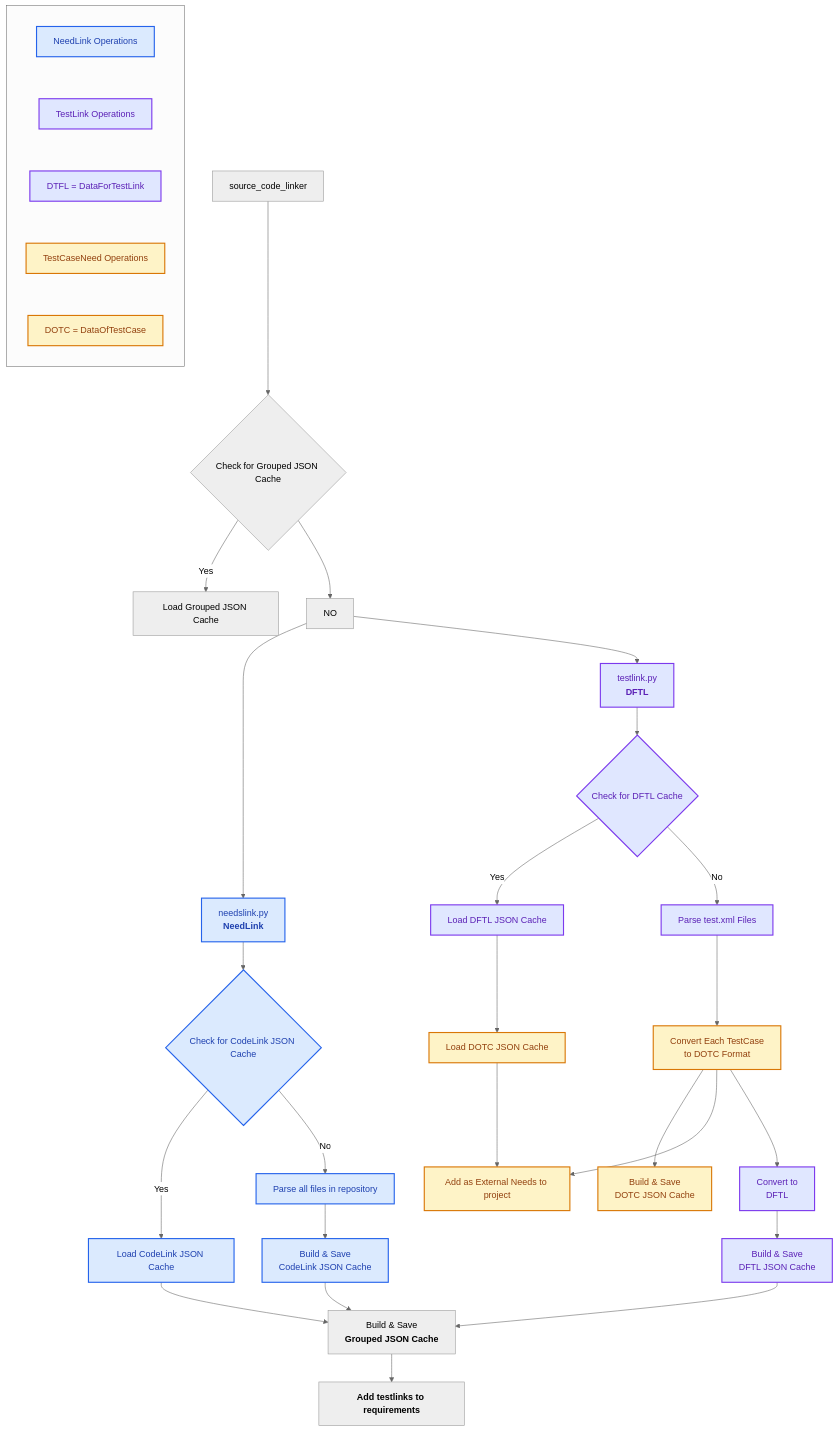
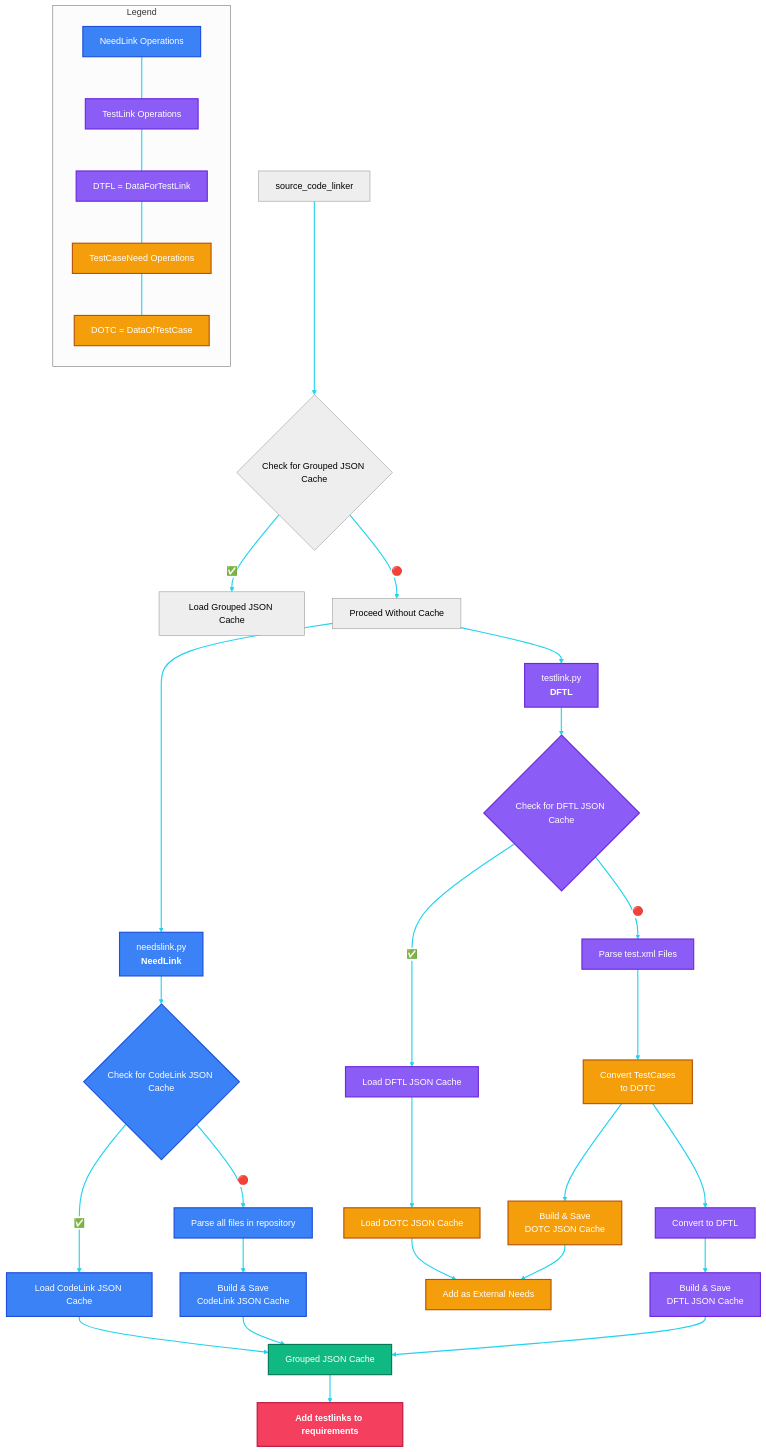
The diagram in docs/internals/extensions/source_code_linker.md (eclipse-score/docs-as-code), drawn with Mermaid (neutral theme) before and after one commit. The commit also changed 4 other files, not shown here.

````diff
--- a/docs/internals/extensions/source_code_linker.md
+++ b/docs/internals/extensions/source_code_linker.md
@@ -225,80 +225,74 @@
 ```{mermaid}
 flowchart TD
     %% Entry Point
     A[source_code_linker] --> B{Check for Grouped JSON Cache}
 
     %% If cache exists
-    B -->|Yes| C[Load Grouped JSON Cache]
-    %% Cache does not exist
-    B --> N9[NO]
+    B --> |✅| C[Load Grouped JSON Cache]
+    B --> |🔴| N9[Proceed Without Cache]
 
     %% --- NeedLink Path ---
-    N9 --> D1[needslink.py<br><b>NeedLink</b>]
+    N9 --> D1[needslink.py<br/><b>NeedLink</b>]
     D1 --> E1{Check for CodeLink JSON Cache}
 
-    E1 -->|Yes| F1[Load CodeLink JSON Cache]
+    E1 --> |✅| F1[Load CodeLink JSON Cache]
     F1 --> Z[Grouped JSON Cache]
 
-    E1 -->|No| G1[Parse all files in repository]
-    G1 --> H1[Build & Save<br>CodeLink JSON Cache]
+    E1 --> |🔴| G1[Parse all files in repository]
+    G1 --> H1[Build & Save<br/>CodeLink JSON Cache]
     H1 --> Z
 
     %% --- TestLink Path ---
-    N9 --> D2[testlink.py<br><b>DFTL</b>]
-    D2 --> E2{Check for DFTL Cache}
+    N9 --> D2[testlink.py<br/><b>DFTL</b>]
+    D2 --> E2{Check for DFTL JSON Cache}
 
-    E2 -->|Yes| F2[Load DFTL JSON Cache]
+    E2 --> |✅| F2[Load DFTL JSON Cache]
     F2 --> J2[Load DOTC JSON Cache]
-    J2 --> K2[Add as External Needs to project]
+    J2 --> K2[Add as External Needs]
 
-    E2 -->|No| G2[Parse test.xml Files]
-    G2 --> H2[Convert Each TestCase<br>to DOTC Format]
-    H2 --> I2[Build & Save<br>DOTC JSON Cache]
-    H2 --> K2
+    E2 --> |🔴| G2[Parse test.xml Files]
+    G2 --> H2[Convert TestCases<br/>to DOTC]
+    H2 --> I2[Build & Save<br/>DOTC JSON Cache]
+    I2 --> K2
 
-    H2 --> M2[Convert to<br>DFTL]
-    M2 --> N2[Build & Save<br>DFTL JSON Cache]
-
+    H2 --> M2[Convert to DFTL]
+    M2 --> N2[Build & Save<br/>DFTL JSON Cache]
+    N2 --> Z
 
     %% Final step
-    N2 --> Z[Build & Save<br><b>Grouped JSON Cache</b>]
     Z --> FINAL[<b>Add testlinks to requirements</b>]
 
     %% Legend
-    subgraph Legend[" "]
+    subgraph Legend["Legend"]
         direction TB
         L1[NeedLink Operations]
         L2[TestLink Operations]
         L4[DTFL = DataForTestLink]
         L3[TestCaseNeed Operations]
         L5[DOTC = DataOfTestCase]
-        L1 ~~~ L2
-        L2 ~~~ L4
-        L4 ~~~ L3
+        L1 ~~~ L2 
+        L2 ~~~ L4 
+        L4 ~~~ L3 
         L3 ~~~ L5
     end
 
-    %% Styling
-    classDef needlink fill:#dbeafe,stroke:#2563eb,stroke-width:2px,color:#1e40af
-    classDef testlink fill:#e0e7ff,stroke:#7c3aed,stroke-width:2px,color:#5b21b6
-    classDef dotc fill:#fef3c7,stroke:#d97706,stroke-width:2px,color:#92400e
+    %% Node Styling
+    classDef needlink fill:#3b82f6,color:#ffffff,stroke:#1d4ed8,stroke-width:2px
+    classDef testlink fill:#8b5cf6,color:#ffffff,stroke:#6d28d9,stroke-width:2px
+    classDef dotc fill:#f59e0b,color:#ffffff,stroke:#b45309,stroke-width:2px
+    classDef grouped fill:#10b981,color:#ffffff,stroke:#047857,stroke-width:2px
+    classDef final fill:#f43f5e,color:#ffffff,stroke:#be123c,stroke-width:2px
 
+    %% Class assignments
     class D1,E1,F1,G1,H1 needlink
     class D2,E2,F2,G2,M2,N2 testlink
     class J2,H2,I2,K2 dotc
-    
-    %% Apply legend styling
+    class Z grouped
+    class FINAL final
     class L1 needlink
     class L2,L4 testlink
     class L3,L5 dotc
 
-
-    %% Styling
-    classDef needlink fill:#dbeafe,stroke:#2563eb,stroke-width:2px,color:#1e40af
-    classDef testlink fill:#e0e7ff,stroke:#7c3aed,stroke-width:2px,color:#5b21b6
-    classDef dotcn fill:#fef3c7,stroke:#d97706,stroke-width:2px,color:#92400e
-
-    class D1,E1,F1,G1,H1 needlink
-    class D2,E2,F2,G2,M2,N2 testlink
-    class J2,H2,I2,K2 dotcn
+    %% Edge/Arrow Styling
+    linkStyle default stroke:#22d3ee,stroke-width:2px,color:#22d3ee
 ```
````
